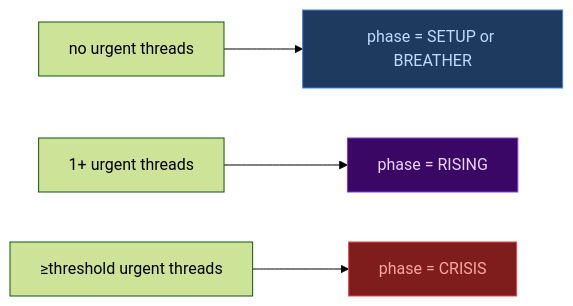
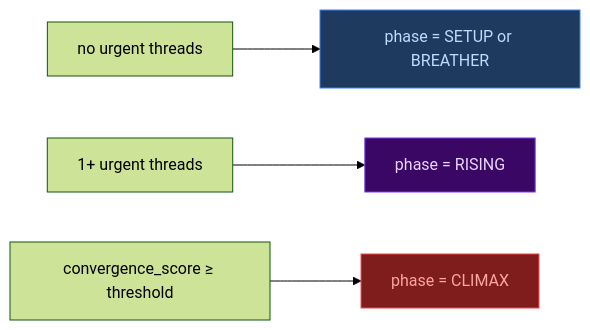
The sixth of 7 diagrams in docs/architecture/pacing-systems.md (pww217/fablethread), drawn with Mermaid (forest theme) before and after one commit. The commit also changed other lines of this file and 8 other files, not shown here.

````diff
--- a/docs/architecture/pacing-systems.md
+++ b/docs/architecture/pacing-systems.md
@@ -242,10 +242,10 @@
 ```mermaid
 flowchart LR
     T0["no urgent threads"] --> SETUP["phase = SETUP or BREATHER"]
     T1["1+ urgent threads"] --> RISING["phase = RISING"]
-    T2["≥threshold urgent threads"] --> CRISIS["phase = CRISIS"]
+    T2["convergence_score ≥ threshold"] --> CLIMAX["phase = CLIMAX"]
 
     style SETUP fill:#1e3a5f,color:#bfdbfe,stroke:#3b82f6
     style RISING fill:#3b0764,color:#e9d5ff,stroke:#7c3aed
-    style CRISIS fill:#7f1d1d,color:#fca5a5,stroke:#ef4444
+    style CLIMAX fill:#7f1d1d,color:#fca5a5,stroke:#ef4444
 ```
````
